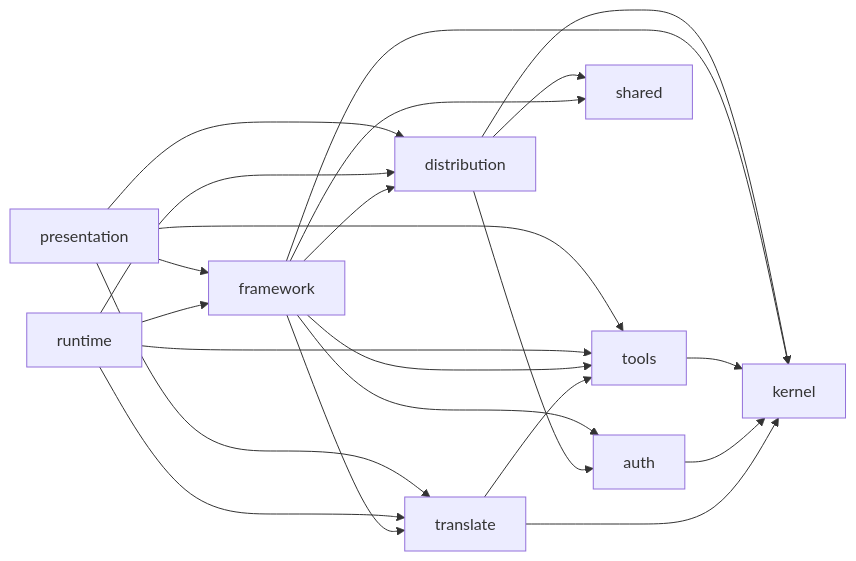
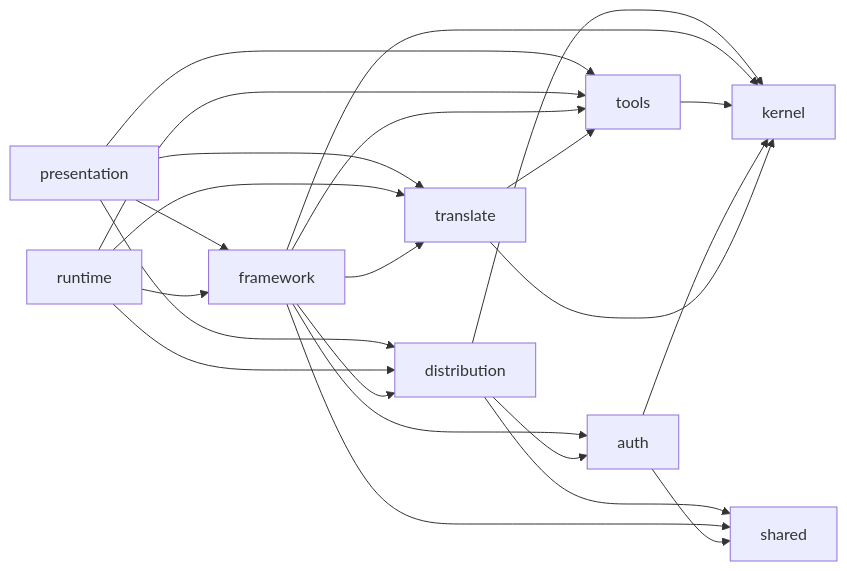
Before and after one commit to ai-driven-dev/framework: the diagram in cli/aidd_docs/memory/architecture.md, drawn with Mermaid. The commit also changed 26 other files, not shown here.

````diff
--- a/cli/aidd_docs/memory/architecture.md
+++ b/cli/aidd_docs/memory/architecture.md
@@ -15,24 +15,25 @@
 ```mermaid
 flowchart LR
     Presentation["presentation"] --> Distribution["distribution"]
     Presentation --> Framework["framework"]
     Presentation --> Tools["tools"]
     Presentation --> Translate["translate"]
     Runtime["runtime"] --> Distribution
     Runtime --> Framework
     Runtime --> Tools
     Runtime --> Translate
     Framework --> Translate
     Framework --> Distribution
     Framework --> Tools
     Framework --> Auth["auth"]
     Distribution --> Auth
     Translate --> Tools
     Distribution --> Kernel["kernel"]
     Distribution --> Shared["shared"]
     Framework --> Shared
     Framework --> Kernel
     Tools --> Kernel
     Auth --> Kernel
+    Auth --> Shared
     Translate --> Kernel
 ```
````
